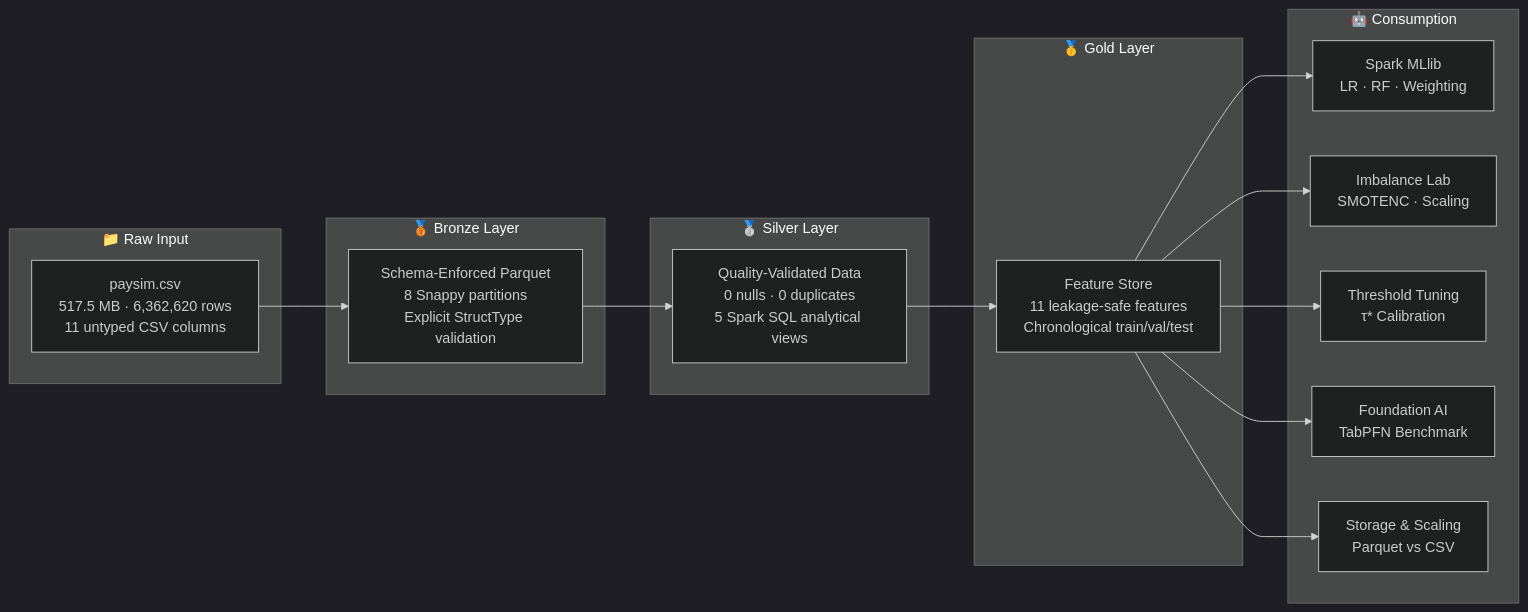
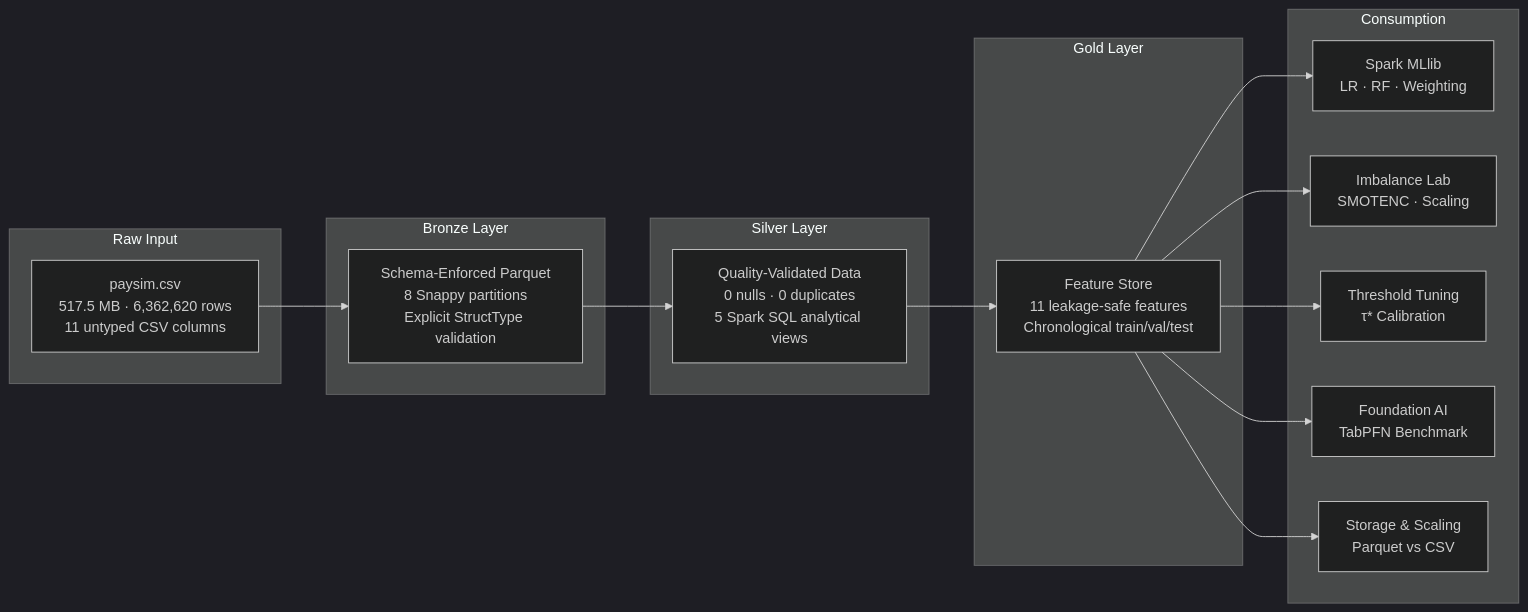
One commit to msbzti02/financial-fraud-detection-spark changed the first of 4 diagrams in README.md. Above: the diagram before and after it, drawn with Mermaid (dark theme). The commit also changed other lines of this file, not shown here.

````diff
--- a/README.md
+++ b/README.md
@@ -110,33 +105,33 @@
 ```mermaid
 flowchart LR
-    subgraph RAW["📁 Raw Input"]
+    subgraph RAW[" Raw Input"]
         CSV["paysim.csv\n517.5 MB · 6,362,620 rows\n11 untyped CSV columns"]
     end
 
-    subgraph BRONZE["🥉 Bronze Layer"]
+    subgraph BRONZE[" Bronze Layer"]
         BRZ["Schema-Enforced Parquet\n8 Snappy partitions\nExplicit StructType validation"]
     end
 
-    subgraph SILVER["🥈 Silver Layer"]
+    subgraph SILVER[" Silver Layer"]
         SLV["Quality-Validated Data\n0 nulls · 0 duplicates\n5 Spark SQL analytical views"]
     end
 
-    subgraph GOLD["🥇 Gold Layer"]
+    subgraph GOLD[" Gold Layer"]
         GLD["Feature Store\n11 leakage-safe features\nChronological train/val/test"]
     end
 
-    subgraph CONSUME["🤖 Consumption"]
+    subgraph CONSUME[" Consumption"]
         ML["Spark MLlib\nLR · RF · Weighting"]
         IMB["Imbalance Lab\nSMOTENC · Scaling"]
         THR["Threshold Tuning\nτ* Calibration"]
         TAB["Foundation AI\nTabPFN Benchmark"]
         BEN["Storage & Scaling\nParquet vs CSV"]
     end
 
     CSV --> BRZ --> SLV --> GLD
     GLD --> ML
     GLD --> IMB
     GLD --> THR
     GLD --> TAB
     GLD --> BEN
 ```
````
